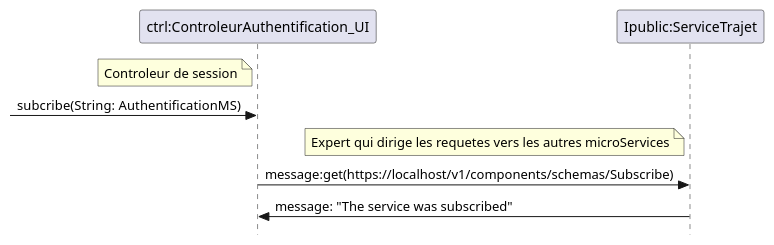
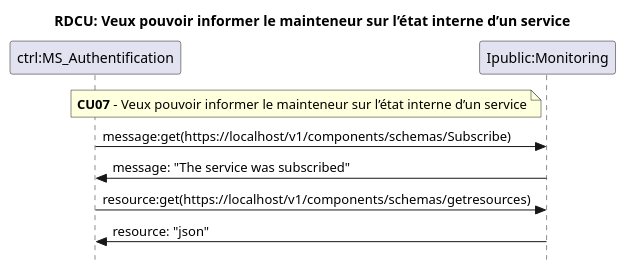
One commit to LOG430-MicroServices/LOG430-STM changed the diagram in doc/plantuml/RDCU_Equipe8/RDCU_Service_Monitoring.plantuml. Above: the diagram before and after it, drawn with PlantUML. The commit also changed 8 other files, not shown here.

First line of the commit message:
mise à jour des diagrammes

```diff
--- a/doc/plantuml/RDCU_Equipe8/RDCU_Service_Monitoring.plantuml
+++ b/doc/plantuml/RDCU_Equipe8/RDCU_Service_Monitoring.plantuml
@@ -1,12 +1,14 @@
 @startuml
+title RDCU: Veux pouvoir informer le mainteneur sur l’état interne d’un service
 skinparam Style strictuml
-participant "ctrl:ControleurAuthentification_UI" as ctrl
-participant "Ipublic:ServiceTrajet" as Ipublic
 
-note left of ctrl: Controleur de session
--> ctrl: subcribe(String:  AuthentificationMS)
-note left of Ipublic: Expert qui dirige les requetes vers les autres microServices
+participant "ctrl:MS_Authentification" as ctrl
+participant "Ipublic:Monitoring" as Ipublic
+
+note left of Ipublic:**CU07** - Veux pouvoir informer le mainteneur sur l’état interne d’un service
 ctrl -> Ipublic: message:get(https://localhost/v1/components/schemas/Subscribe) 
 Ipublic -> ctrl: message: "The service was subscribed"
+ctrl -> Ipublic: resource:get(https://localhost/v1/components/schemas/getresources) 
+Ipublic -> ctrl: resource: "json"
 
 @enduml
```
